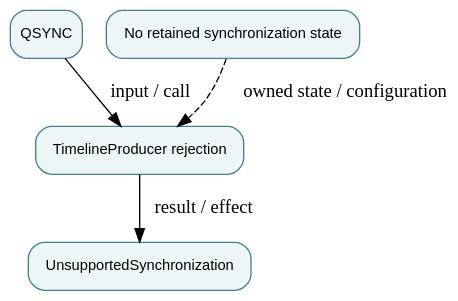
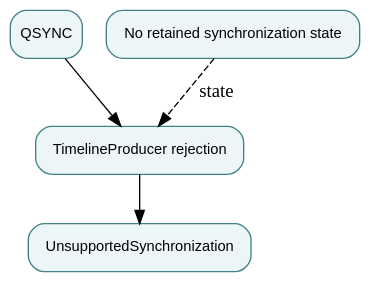
Before and after one commit to qsbit-org/qsbit-sim: the diagram in docs/modules/future-synchronization-adapter.md, drawn with Graphviz. The commit also changed other lines of this file and 41 other files, not shown here.

````diff
--- a/docs/modules/future-synchronization-adapter.md
+++ b/docs/modules/future-synchronization-adapter.md
@@ -22,11 +14,11 @@
 ```{graphviz}
 digraph module {
   rankdir=TB; bgcolor="transparent";
   node [shape=box, style="rounded,filled", fillcolor="#edf6f7", color="#43818a", fontname="sans-serif", fontsize=11];
   input [label="QSYNC"];
   owner [label="TimelineProducer rejection"];
   state [label="No retained synchronization state"];
   output [label="UnsupportedSynchronization"];
-  input -> owner [label="input / call"]; owner -> output [label="result / effect"]; state -> owner [style=dashed, label="owned state / configuration"];
+  input -> owner; owner -> output; state -> owner [style=dashed, label="state"];
 }
 ```
````
